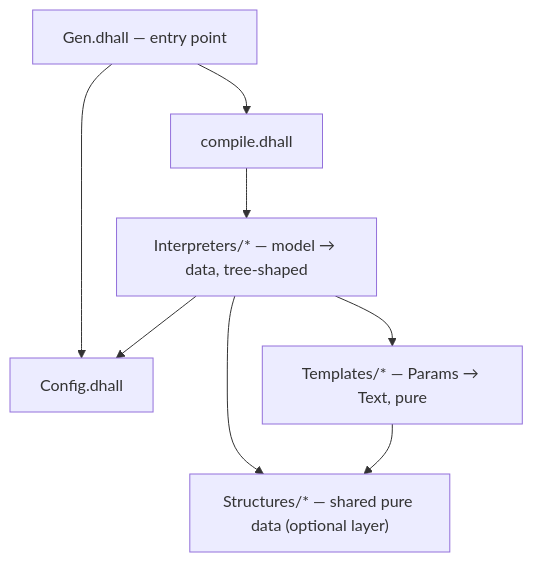
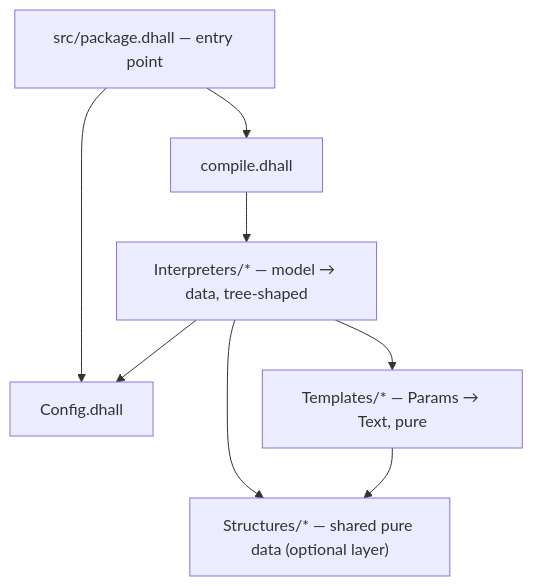
One commit to pgenie-io/gen-sdk changed the first of 2 diagrams in docs/generator-architecture.md. Above: the diagram before and after it, drawn with Mermaid. The commit also changed other lines of this file, not shown here.

First line of the commit message:
Update generator architecture docs for src/ and demos/ layout

````diff
--- a/docs/generator-architecture.md
+++ b/docs/generator-architecture.md
@@ -43,10 +43,10 @@
 ```mermaid
 flowchart TD
-    Gen["Gen.dhall — entry point"] --> compile["compile.dhall"]
-    Gen --> Config["Config.dhall"]
+    package["src/package.dhall — entry point"] --> compile["compile.dhall"]
+    package --> Config["Config.dhall"]
     compile --> Interpreters["Interpreters/* — model → data, tree-shaped"]
     Interpreters --> Config
     Interpreters --> Templates["Templates/* — Params → Text, pure"]
     Interpreters --> Structures["Structures/* — shared pure data (optional layer)"]
     Templates --> Structures
 ```
````
